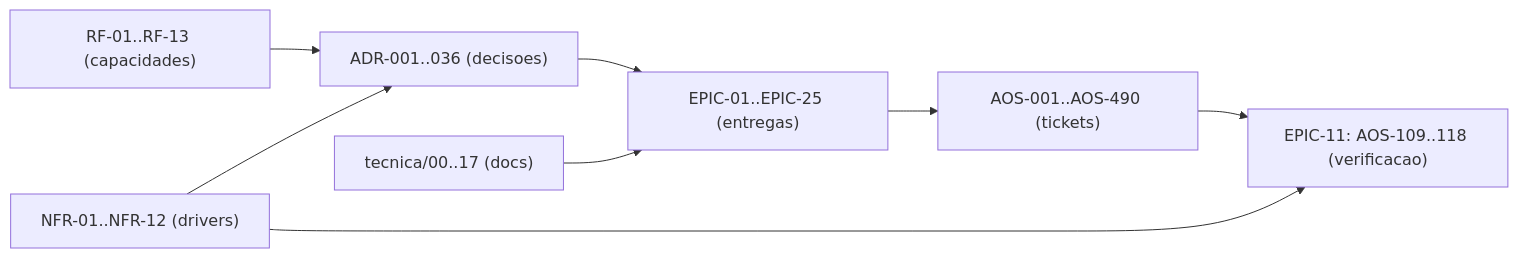
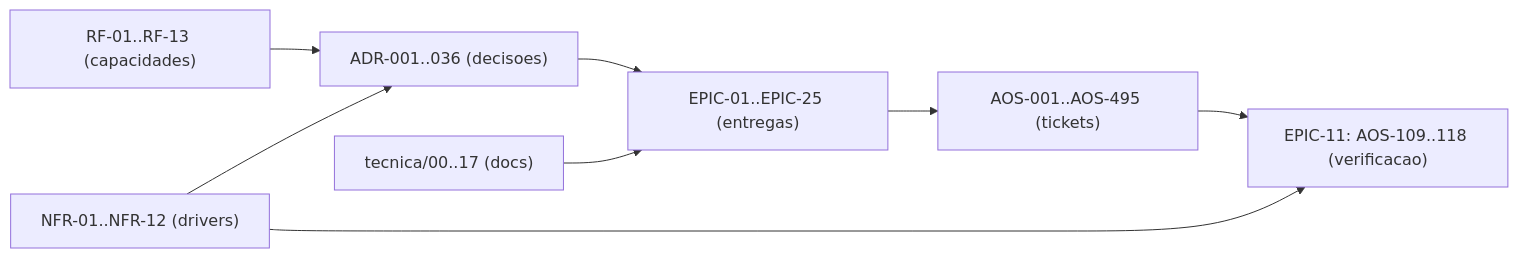
The diagram in tecnica/16_Rastreabilidade_RTM.md (albinoJimy/aos), drawn with Mermaid before and after one commit. The commit also changed other lines of this file and 4 other files, not shown here.

First line of the commit message:
docs(AOS-491): tickets da fase A0 e acompanhamento da arquitectura-alvo da fronteira runtime-modelo

````diff
--- a/tecnica/16_Rastreabilidade_RTM.md
+++ b/tecnica/16_Rastreabilidade_RTM.md
@@ -203,10 +203,10 @@
 ```mermaid
 flowchart LR
     RF["RF-01..RF-13 (capacidades)"] --> ADR["ADR-001..036 (decisoes)"]
     NFR["NFR-01..NFR-12 (drivers)"] --> ADR
     ADR --> EPIC["EPIC-01..EPIC-25 (entregas)"]
-    EPIC --> TICK["AOS-001..AOS-490 (tickets)"]
+    EPIC --> TICK["AOS-001..AOS-495 (tickets)"]
     DOC["tecnica/00..17 (docs)"] --> EPIC
     TICK --> TEST["EPIC-11: AOS-109..118 (verificacao)"]
     NFR --> TEST
 ```
````
